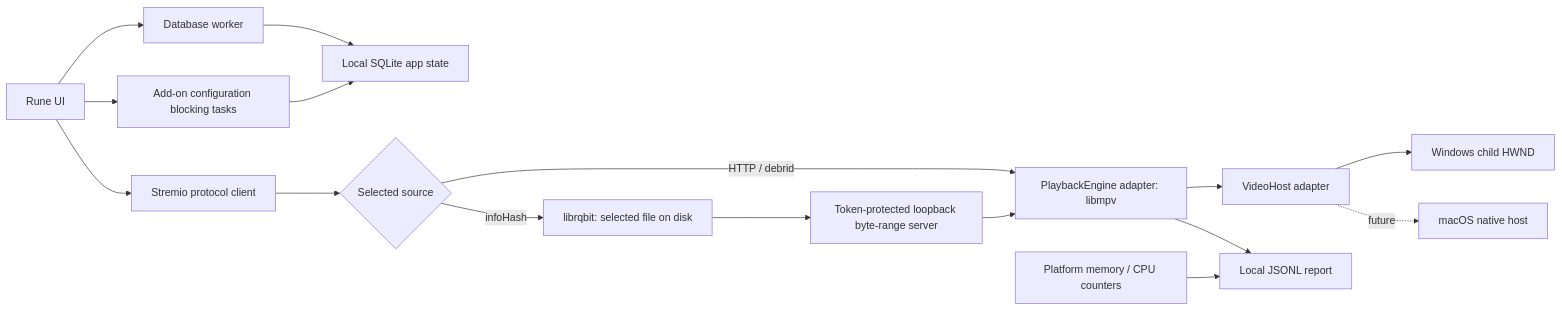
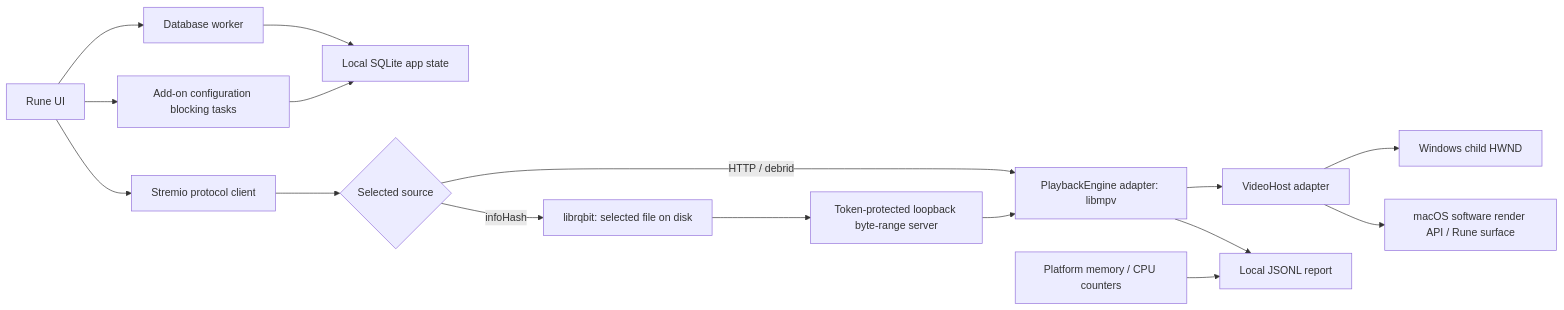
The diagram in README.md (maharshi365/scry), drawn with Mermaid before and after one commit. The commit also changed other lines of this file and 19 other files, not shown here.

````diff
--- a/README.md
+++ b/README.md
@@ -170,18 +207,18 @@
 ```mermaid
 flowchart LR
     UI[Rune UI] --> Addons[Stremio protocol client]
     UI --> DBWorker[Database worker]
     DBWorker --> SQLite[Local SQLite app state]
     UI --> Config[Add-on configuration blocking tasks]
     Config --> SQLite
     Addons --> Source{Selected source}
     Source -->|HTTP / debrid| Player[PlaybackEngine adapter: libmpv]
     Source -->|infoHash| Torrent[librqbit: selected file on disk]
     Torrent --> HTTP[Token-protected loopback byte-range server]
     HTTP --> Player
     Player --> Host[VideoHost adapter]
     Host --> Windows[Windows child HWND]
-    Host -. future .-> Mac[macOS native host]
+    Host --> Mac[macOS software render API / Rune surface]
     Player --> Metrics[Local JSONL report]
     OS[Platform memory / CPU counters] --> Metrics
 ```
````
